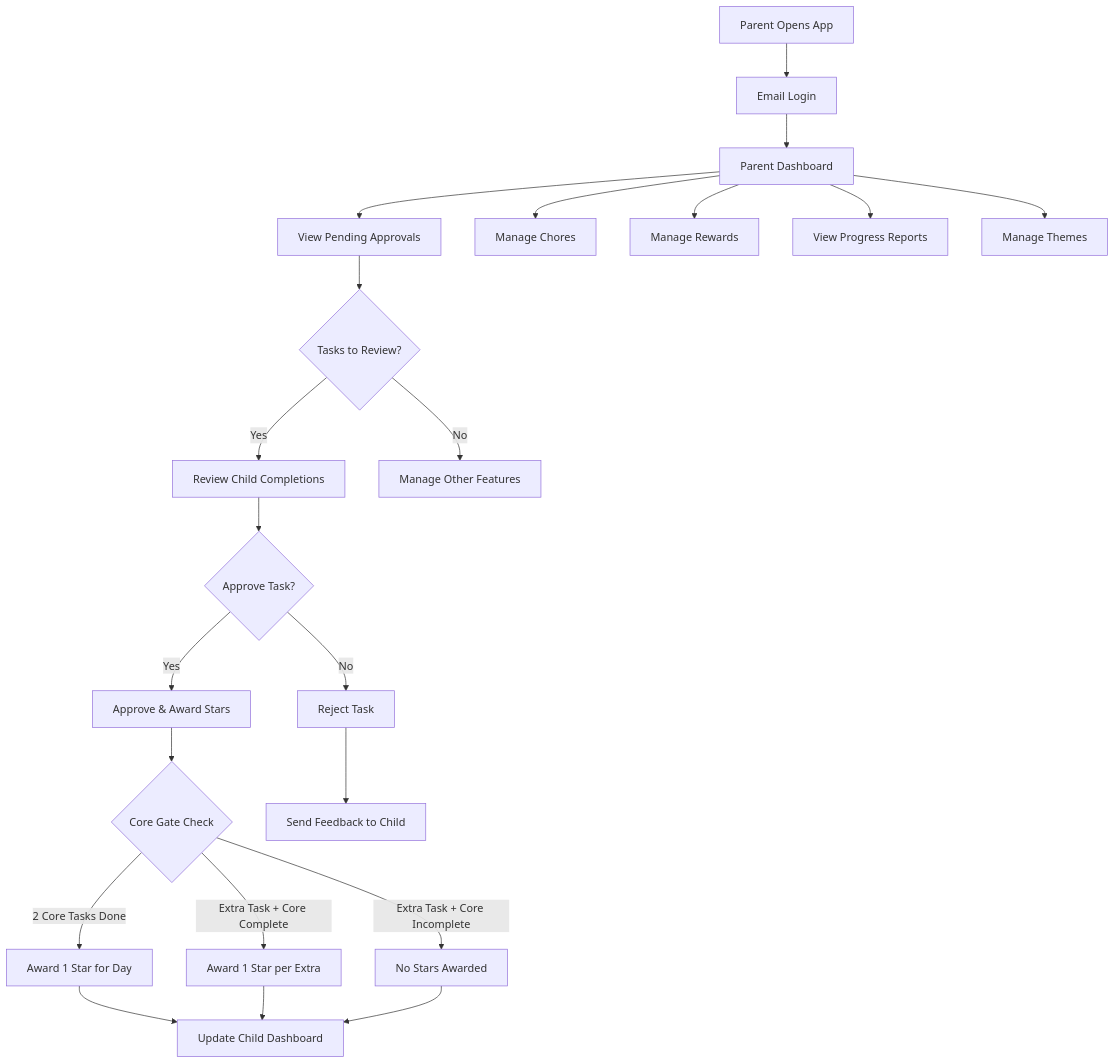
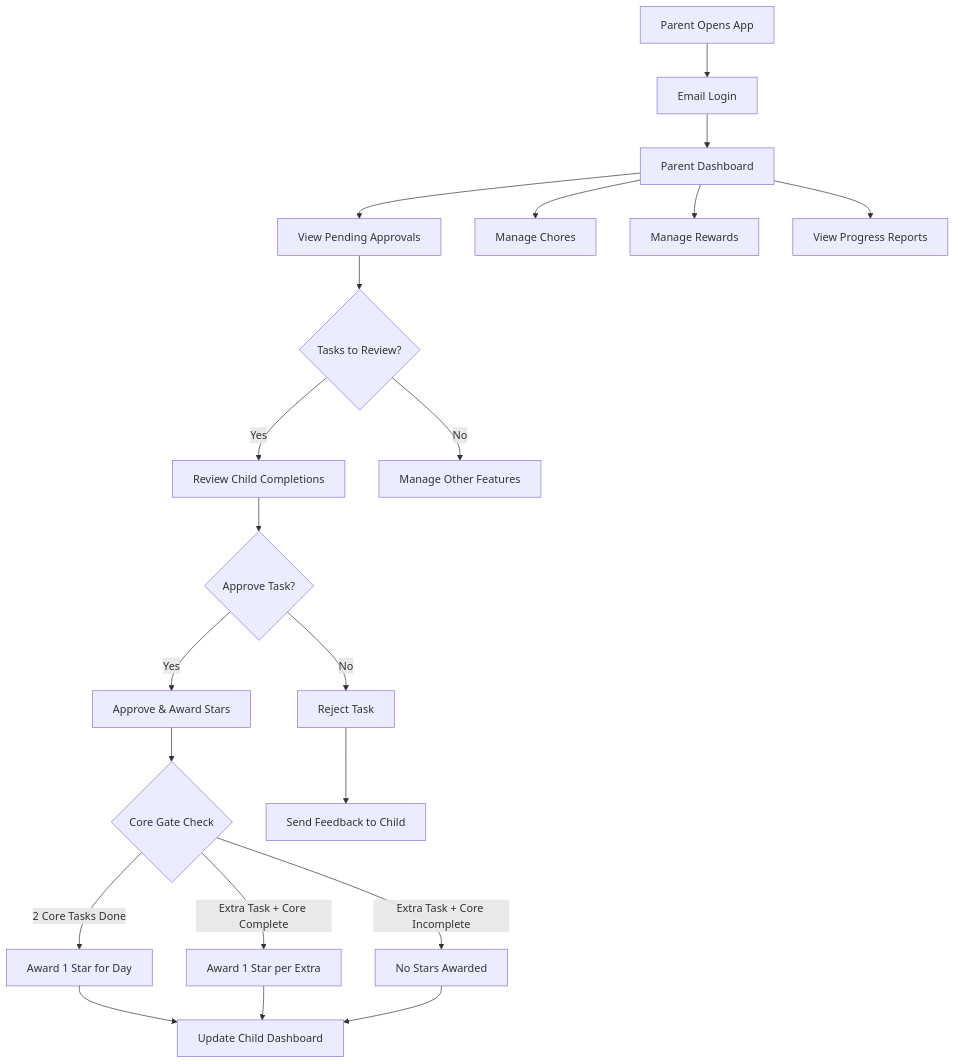
The second of 4 diagrams in .documentation/starquezz-architecture.md (atmawarin/starqueZZ), drawn with Mermaid before and after one commit. The commit also changed other lines of this file, not shown here.

Commit message:
Docs(architecture): align with updated PRD - remove theme system from MVP, update PIN logic, add tech stack recommendations

````diff
--- a/.documentation/starquezz-architecture.md
+++ b/.documentation/starquezz-architecture.md
@@ -428,28 +423,27 @@
 ```mermaid
 flowchart TD
     A[Parent Opens App] --> B[Email Login]
     B --> C[Parent Dashboard]
     C --> D[View Pending Approvals]
     D --> E{Tasks to Review?}
     E -->|Yes| F[Review Child Completions]
     E -->|No| G[Manage Other Features]
     
     F --> H{Approve Task?}
     H -->|Yes| I[Approve & Award Stars]
     H -->|No| J[Reject Task]
     
     I --> K{Core Gate Check}
     K -->|2 Core Tasks Done| L[Award 1 Star for Day]
     K -->|Extra Task + Core Complete| M[Award 1 Star per Extra]
     K -->|Extra Task + Core Incomplete| N[No Stars Awarded]
     
     L --> O[Update Child Dashboard]
     M --> O
     N --> O
     J --> P[Send Feedback to Child]
     
     C --> Q[Manage Chores]
     C --> R[Manage Rewards]
     C --> S[View Progress Reports]
-    C --> T[Manage Themes]
 ```
````
